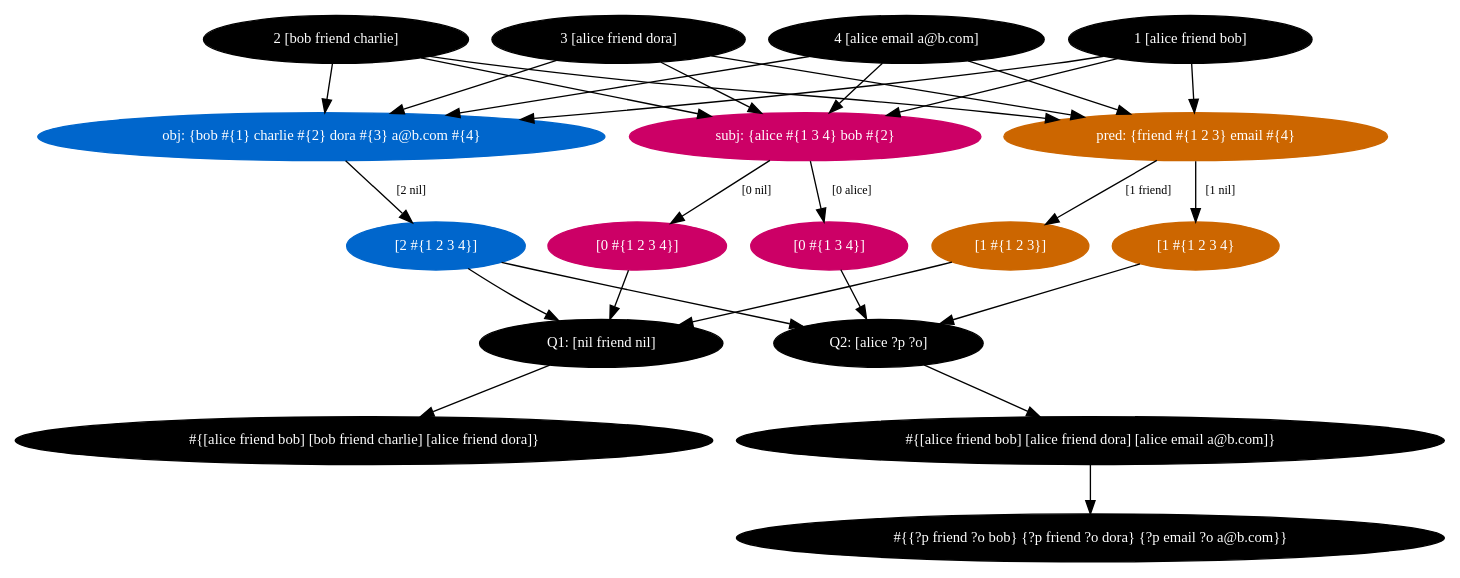
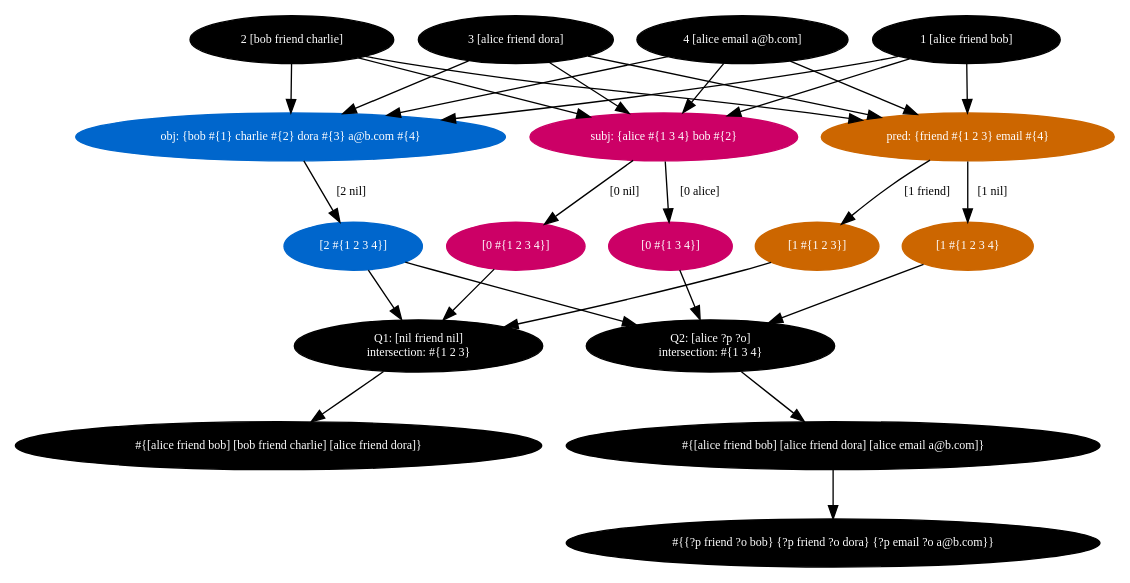
One commit to thi-ng/fabric changed the diagram in fabric-facts/src/core.org. Above: the diagram before and after it, drawn with Graphviz. The commit also changed 1 other file, not shown here.

Commit message:
[facts] update query diagram

```diff
--- a/fabric-facts/src/core.org
+++ b/fabric-facts/src/core.org
@@ -904,46 +904,46 @@
 #+BEGIN_SRC dot :tangle ../../assets/query-example01.dot
 digraph g {
-  node[color="black",style="filled",fontname="Inconsolata",fontcolor="white",fontsize=11];
+  node[color="black",style="filled",fontname="Inconsolata",fontcolor="white",fontsize=9];
   edge[fontname="Inconsolata",fontsize=9];
 
   f1[label="1 [alice friend bob]"];
   f2[label="2 [bob friend charlie]"];
   f3[label="3 [alice friend dora]"];
   f4[label="4 [alice email a@b.com]"];
   is[label="subj: {alice #{1 3 4} bob #{2}",color="#cc0066"];
   ip[label="pred: {friend #{1 2 3} email #{4}",color="#cc6600"];
   io[label="obj: {bob #{1} charlie #{2} dora #{3} a@b.com #{4}",color="#0066cc"];
   f1 -> is; f1 -> ip; f1 -> io;
   f2 -> is; f2 -> ip; f2 -> io;
   f3 -> is; f3 -> ip; f3 -> io;
   f4 -> is; f4 -> ip; f4 -> io;
 
-  q1[label="Q1: [nil friend nil]"];
-  q2[label="Q2: [alice ?p ?o]"];
+  q1[label="Q1: [nil friend nil]\nintersection: #{1 2 3}"];
+  q2[label="Q2: [alice ?p ?o]\nintersection: #{1 3 4}"];
 
   sq1[label="[0 #{1 2 3 4}]",color="#cc0066"];
   pq1[label="[1 #{1 2 3}]",color="#cc6600"];
   oq1[label="[2 #{1 2 3 4}]",color="#0066cc"];
 
   q1res[label="#{[alice friend bob] [bob friend charlie] [alice friend dora]}"];
 
   is -> sq1[label="[0 nil]"];
   sq1 -> q1 -> q1res;
   ip -> pq1[label="[1 friend]"];
   pq1 -> q1;
   io -> oq1[label="[2 nil]"];
   oq1 -> q1;
 
   sq2[label="[0 #{1 3 4}]",color="#cc0066"];
   pq2[label="[1 #{1 2 3 4}",color="#cc6600"];
 
   q2res[label="#{[alice friend bob] [alice friend dora] [alice email a@b.com]}"];
   q2final[label="#{{?p friend ?o bob} {?p friend ?o dora} {?p email ?o a@b.com}}"];
 
   is -> sq2[label="[0 alice]"];
   sq2 -> q2 -> q2res -> q2final;
   ip -> pq2[label="[1 nil]"];
   pq2 -> q2;
   oq1 -> q2;
 }
 #+END_SRC
```
